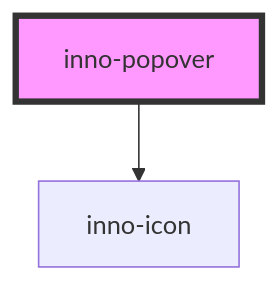
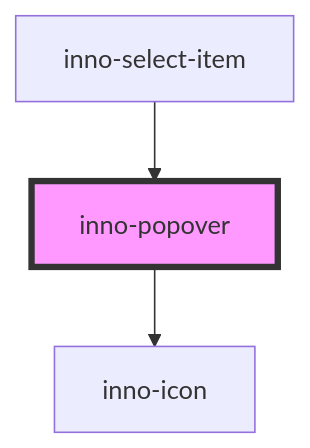
One commit to innomotics/brand-experience changed the diagram in packages/stencil-lib/src/components/inno-popover/readme.md. Above: the diagram before and after it, drawn with Mermaid. The commit also changed other lines of this file and 11 other files, not shown here.

Commit message:
Added support for item favoriting for select component.

````diff
--- a/packages/stencil-lib/src/components/inno-popover/readme.md
+++ b/packages/stencil-lib/src/components/inno-popover/readme.md
@@ -117,5 +121,6 @@
 ```mermaid
 graph TD;
   inno-popover --> inno-icon
+  inno-select-item --> inno-popover
   style inno-popover fill:#f9f,stroke:#333,stroke-width:4px
 ```
````
